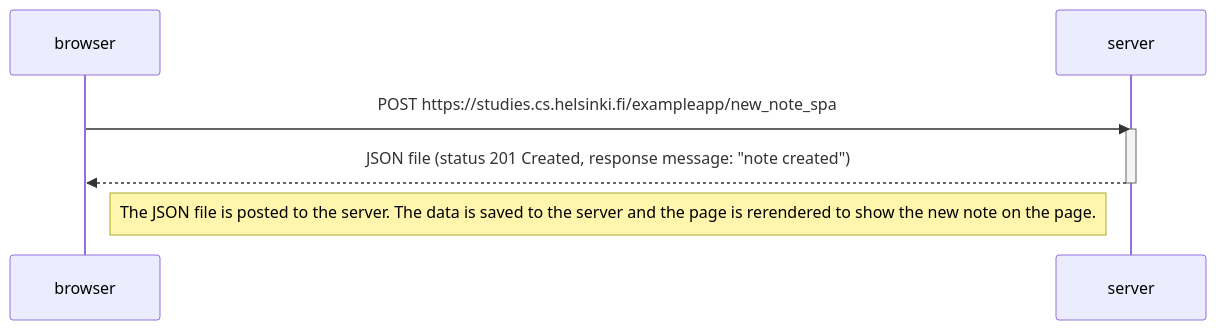
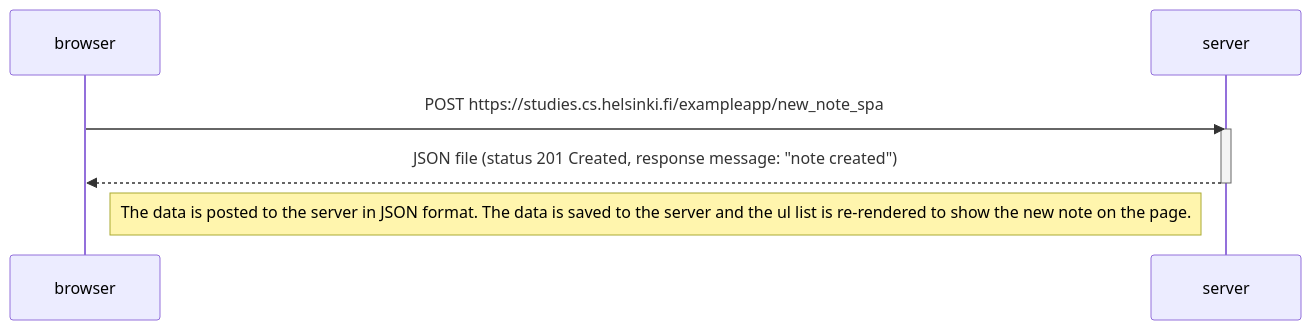
One commit to roosakyl/fullstack-open changed the diagram in osa0/t06_spa_uusi_muistiinpano.md. Above: the diagram before and after it, drawn with Mermaid.

Commit message:
Refine notes of exercise 06

````diff
--- a/osa0/t06_spa_uusi_muistiinpano.md
+++ b/osa0/t06_spa_uusi_muistiinpano.md
@@ -1,12 +1,12 @@
 ``` mermaid
 sequenceDiagram
         participant browser
         participant server
 
         browser->>server: POST https://studies.cs.helsinki.fi/exampleapp/new_note_spa
         activate server
         server-->>browser: JSON file (status 201 Created, response message: "note created")
         deactivate server
-        Note right of browser: The JSON file is posted to the server. The data is saved to the server and the page is rerendered to show the new note on the page.
+        Note right of browser: The data is posted to the server in JSON format. The data is saved to the server and the ul list is re-rendered to show the new note on the page.
 
 ```
````
